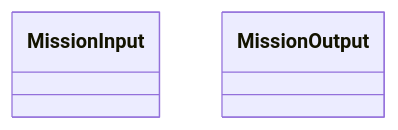
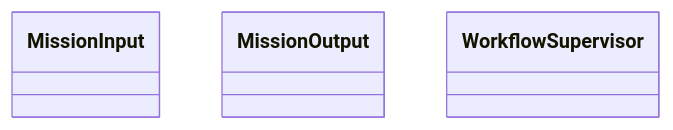
Before and after one commit to lgcorzo/rust_CACD_autonomous_factory: the first of 2 diagrams in wiki/crates_factory-application_src_workflows_autonomous_mission.md, drawn with Mermaid. The commit also changed other lines of this file and 4 other files, not shown here.

````diff
--- a/wiki/crates_factory-application_src_workflows_autonomous_mission.md
+++ b/wiki/crates_factory-application_src_workflows_autonomous_mission.md
@@ -16,5 +16,6 @@
 ```mermaid
 classDiagram
     class MissionInput
     class MissionOutput
+    class WorkflowSupervisor
 ```
````
